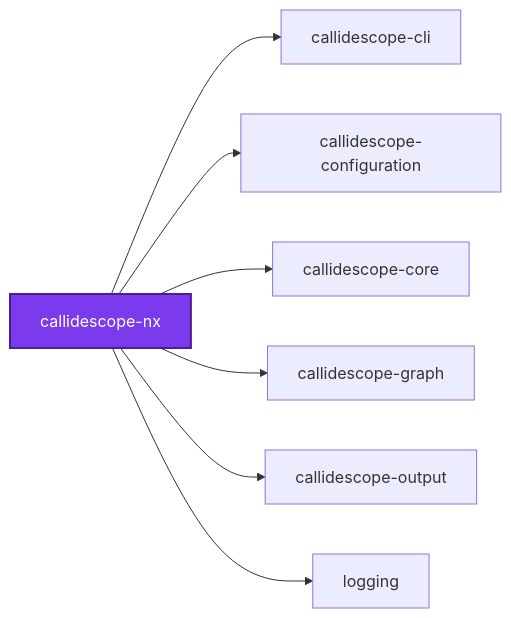
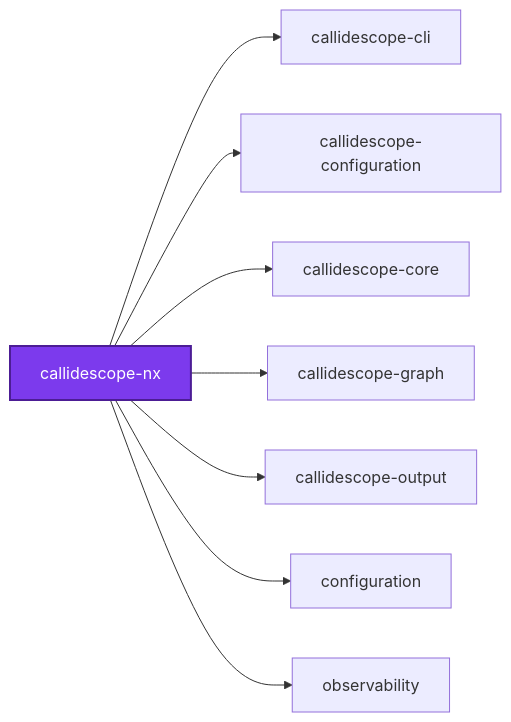
The first of 3 diagrams in projects/ic-suite/callidescope/callidescope-nx/README.md (organizzolini/codebase), drawn with Mermaid before and after one commit. The commit also changed other lines of this file and 2324 other files, not shown here.

````diff
--- a/projects/ic-suite/callidescope/callidescope-nx/README.md
+++ b/projects/ic-suite/callidescope/callidescope-nx/README.md
@@ -310,18 +310,20 @@
 ```mermaid
 graph LR
   callidescope_cli["callidescope-cli"]
   callidescope_configuration["callidescope-configuration"]
   callidescope_core["callidescope-core"]
   callidescope_graph["callidescope-graph"]
   callidescope_nx["callidescope-nx"]
   callidescope_output["callidescope-output"]
-  logging["logging"]
+  configuration["configuration"]
+  observability["observability"]
   callidescope_nx --> callidescope_cli
   callidescope_nx --> callidescope_configuration
   callidescope_nx --> callidescope_core
   callidescope_nx --> callidescope_graph
   callidescope_nx --> callidescope_output
-  callidescope_nx --> logging
+  callidescope_nx --> configuration
+  callidescope_nx --> observability
   classDef subject fill:#7c3aed,color:#fff,stroke:#4c1d95,stroke-width:2px
   class callidescope_nx subject
 ```
````
